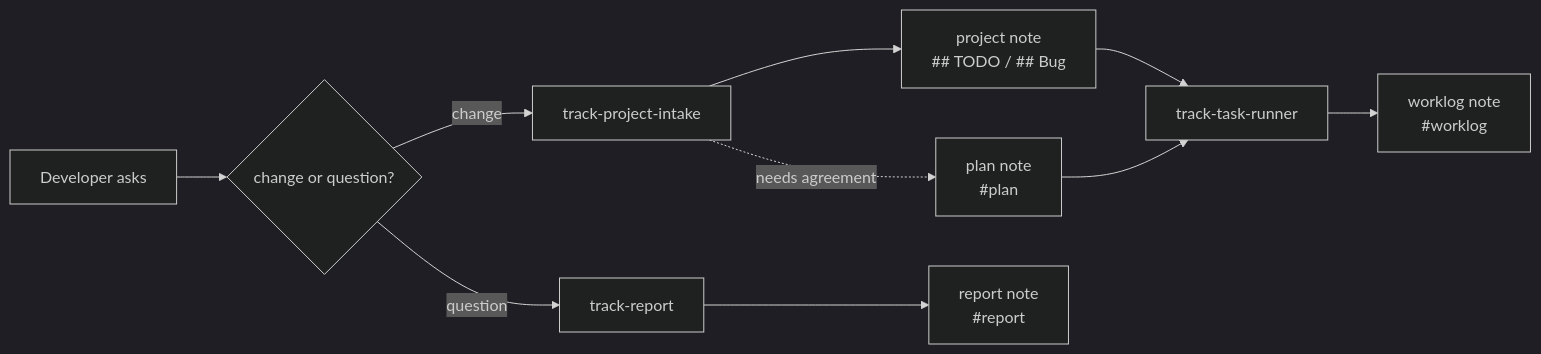
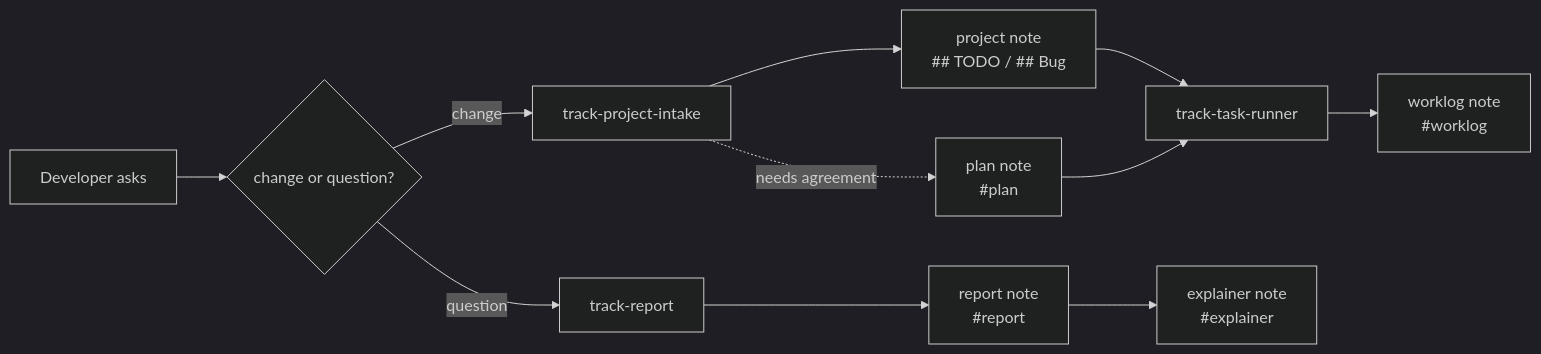
Before and after one commit to ttak0422/track-lab: the diagram in plugins/note/README.md, drawn with Mermaid (dark theme). The commit also changed other lines of this file and 6 other files, not shown here.

````diff
--- a/plugins/note/README.md
+++ b/plugins/note/README.md
@@ -29,12 +30,13 @@
 ```mermaid
 flowchart LR
   ask[Developer asks] --> kind{change or question?}
   kind -->|change| intake[track-project-intake]
   kind -->|question| report[track-report]
   intake --> checklist["project note<br/>## TODO / ## Bug"]
   intake -.needs agreement.-> plan["plan note<br/>#plan"]
   checklist --> runner[track-task-runner]
   plan --> runner
   runner --> worklog["worklog note<br/>#worklog"]
   report --> reportnote["report note<br/>#report"]
+  reportnote --> explainer["explainer note<br/>#explainer"]
 ```
````
